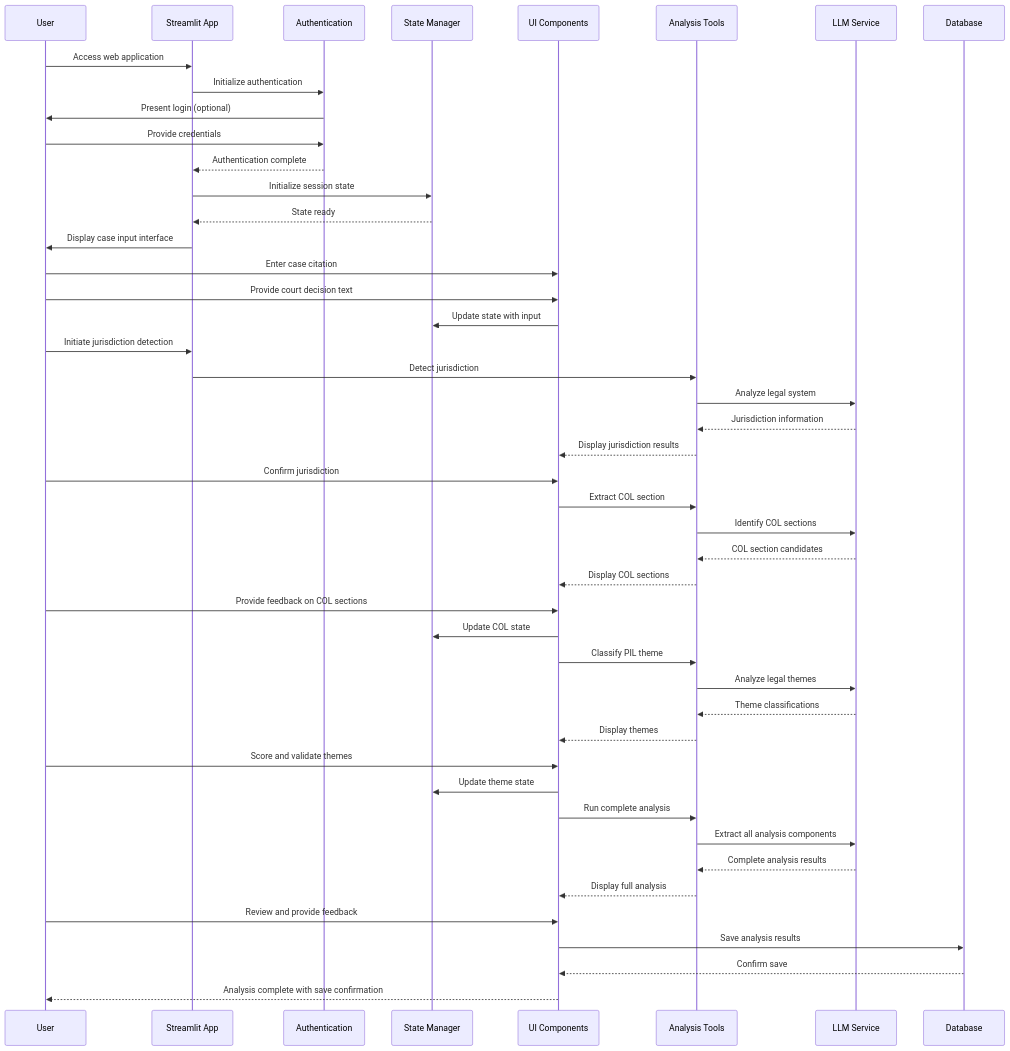
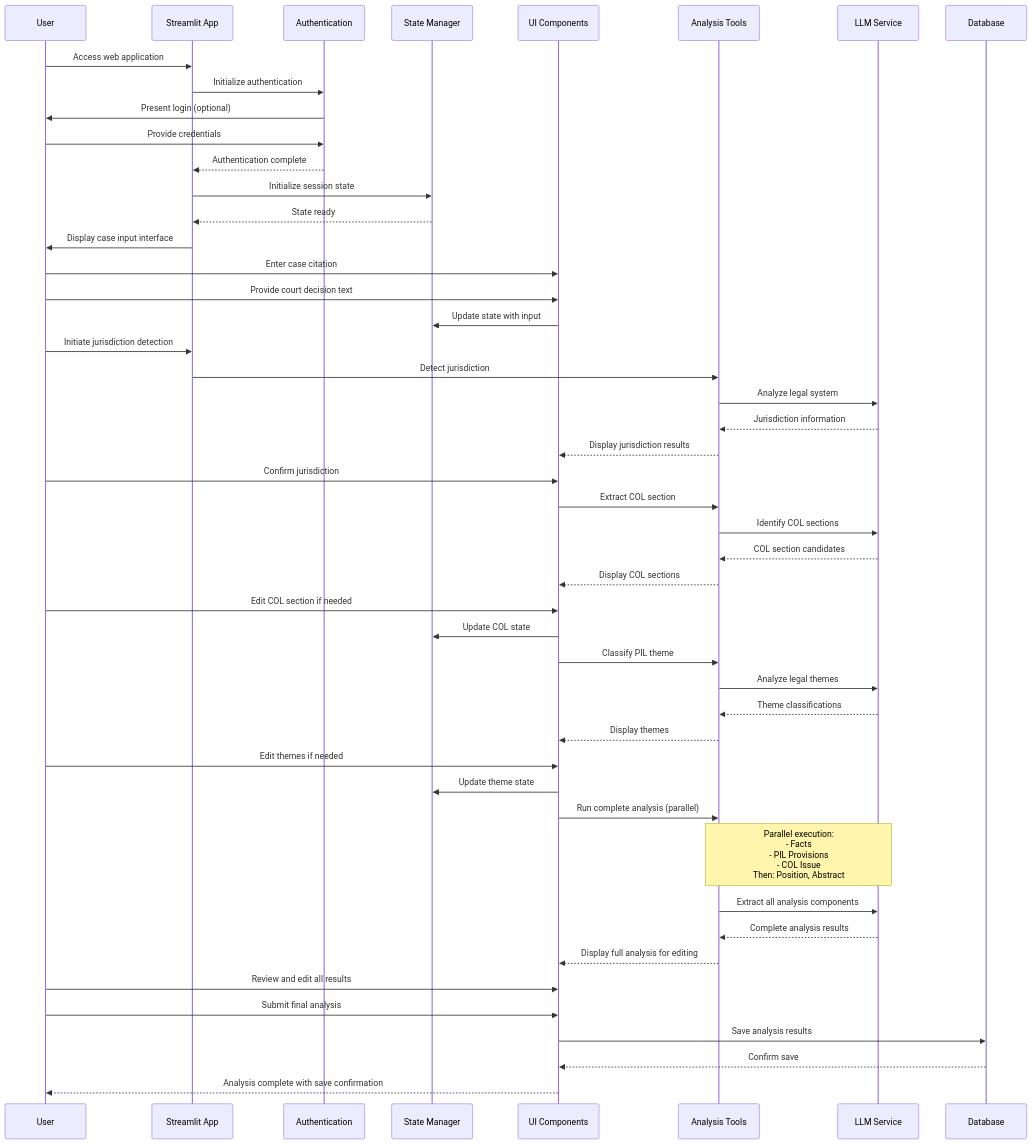
One commit to Choice-of-Law-Dataverse/cold-case-analysis changed the fourth of 8 diagrams in docs/WORKFLOWS.md. Above: the diagram before and after it, drawn with Mermaid. The commit also changed other lines of this file and 8 other files, not shown here.

````diff
--- a/docs/WORKFLOWS.md
+++ b/docs/WORKFLOWS.md
@@ -218,56 +212,59 @@
 ```mermaid
 sequenceDiagram
     participant User
     participant App as Streamlit App
     participant Auth as Authentication
     participant StateManager as State Manager
     participant Components as UI Components
     participant Tools as Analysis Tools
     participant LLM as LLM Service
     participant DB as Database
 
     User->>App: Access web application
     App->>Auth: Initialize authentication
     Auth->>User: Present login (optional)
     User->>Auth: Provide credentials
     Auth-->>App: Authentication complete
     
     App->>StateManager: Initialize session state
     StateManager-->>App: State ready
     
     App->>User: Display case input interface
     User->>Components: Enter case citation
     User->>Components: Provide court decision text
     Components->>StateManager: Update state with input
     
     User->>App: Initiate jurisdiction detection
     App->>Tools: Detect jurisdiction
     Tools->>LLM: Analyze legal system
     LLM-->>Tools: Jurisdiction information
     Tools-->>Components: Display jurisdiction results
     User->>Components: Confirm jurisdiction
     
     Components->>Tools: Extract COL section
     Tools->>LLM: Identify COL sections
     LLM-->>Tools: COL section candidates
     Tools-->>Components: Display COL sections
-    User->>Components: Provide feedback on COL sections
+    User->>Components: Edit COL section if needed
     Components->>StateManager: Update COL state
     
     Components->>Tools: Classify PIL theme
     Tools->>LLM: Analyze legal themes
     LLM-->>Tools: Theme classifications
     Tools-->>Components: Display themes
-    User->>Components: Score and validate themes
+    User->>Components: Edit themes if needed
     Components->>StateManager: Update theme state
-    
-    Components->>Tools: Run complete analysis
+
+    Components->>Tools: Run complete analysis (parallel)
+    Note over Tools,LLM: Parallel execution:<br/>- Facts<br/>- PIL Provisions<br/>- COL Issue<br/>Then: Position, Abstract
     Tools->>LLM: Extract all analysis components
     LLM-->>Tools: Complete analysis results
-    Tools-->>Components: Display full analysis
-    User->>Components: Review and provide feedback
-    
+    Tools-->>Components: Display full analysis for editing
+
+    User->>Components: Review and edit all results
+    User->>Components: Submit final analysis
+
     Components->>DB: Save analysis results
     DB-->>Components: Confirm save
     Components-->>User: Analysis complete with save confirmation
 ```
````
